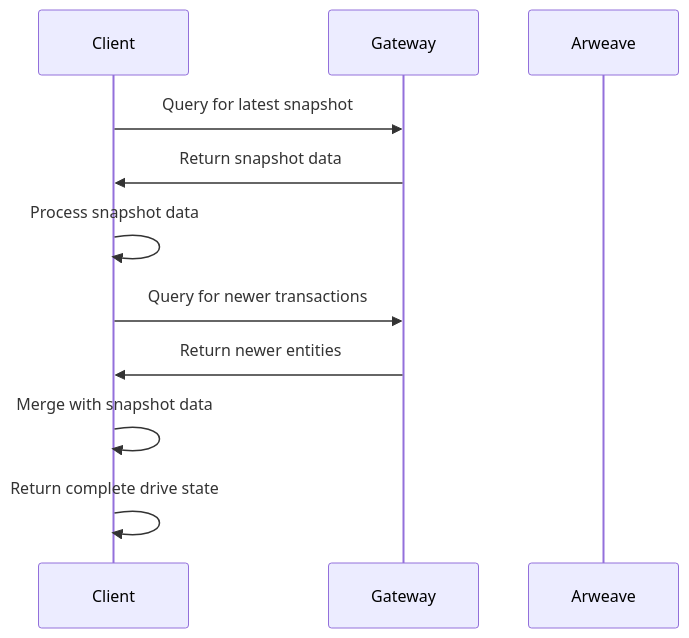
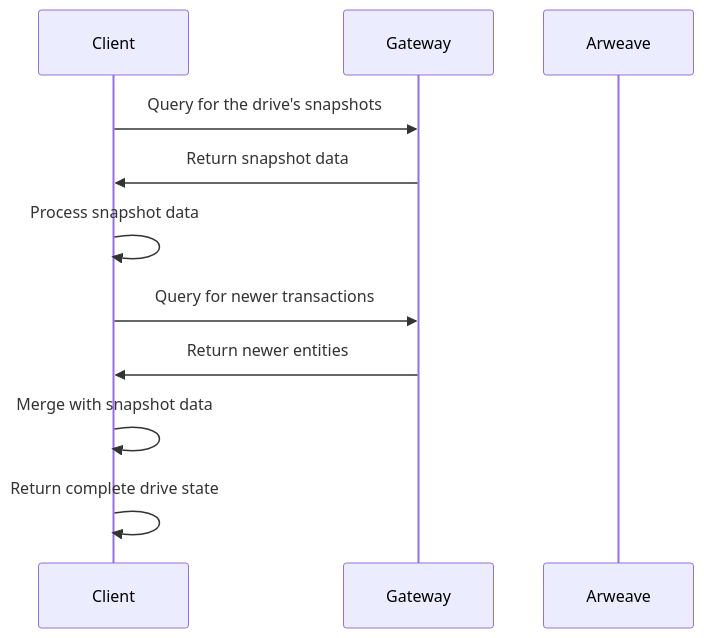
One commit to ar-io/docs changed the second of 2 diagrams in content/build/advanced/arfs/reading-data.mdx. Above: the diagram before and after it, drawn with Mermaid. The commit also changed other lines of this file and 6 other files, not shown here.

````diff
--- a/content/build/advanced/arfs/reading-data.mdx
+++ b/content/build/advanced/arfs/reading-data.mdx
@@ -253,14 +290,14 @@
 ```mermaid
 sequenceDiagram
     participant Client
     participant Gateway
     participant Arweave
 
-    Client->>Gateway: Query for latest snapshot
+    Client->>Gateway: Query for the drive's snapshots
     Gateway->>Client: Return snapshot data
     Client->>Client: Process snapshot data
     Client->>Gateway: Query for newer transactions
     Gateway->>Client: Return newer entities
     Client->>Client: Merge with snapshot data
     Client->>Client: Return complete drive state
 ```
````
